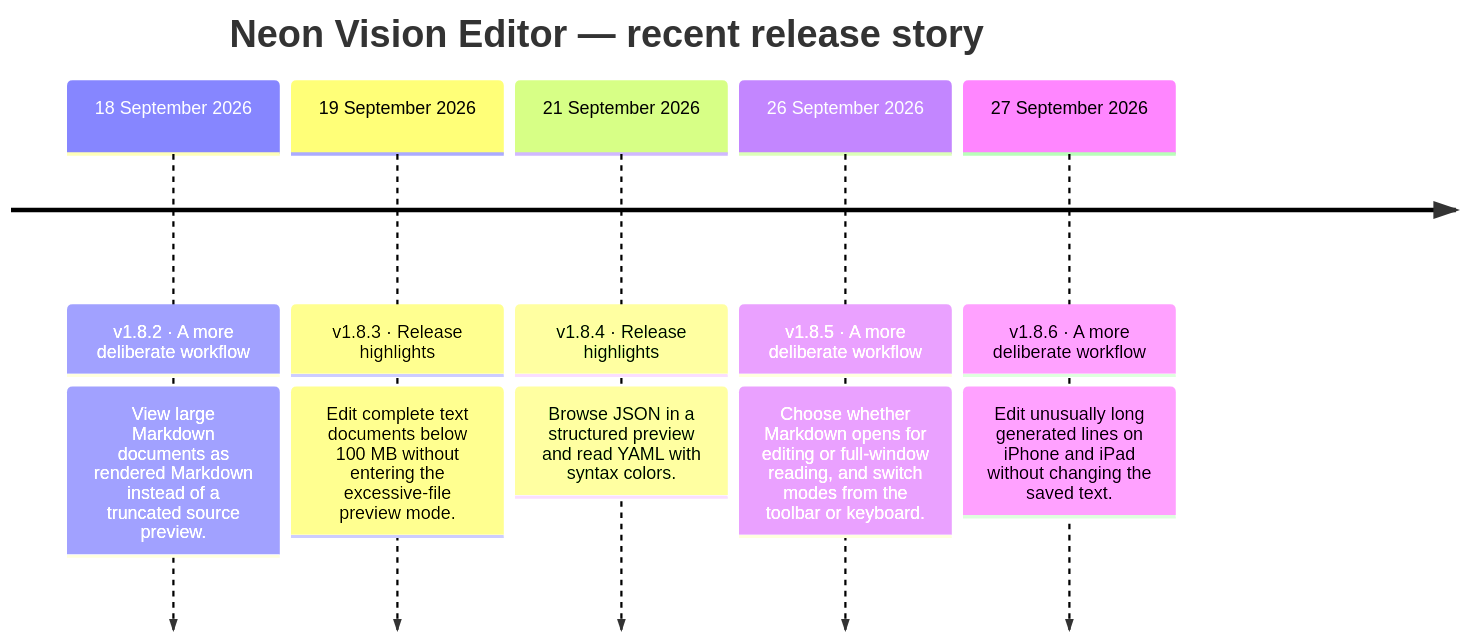
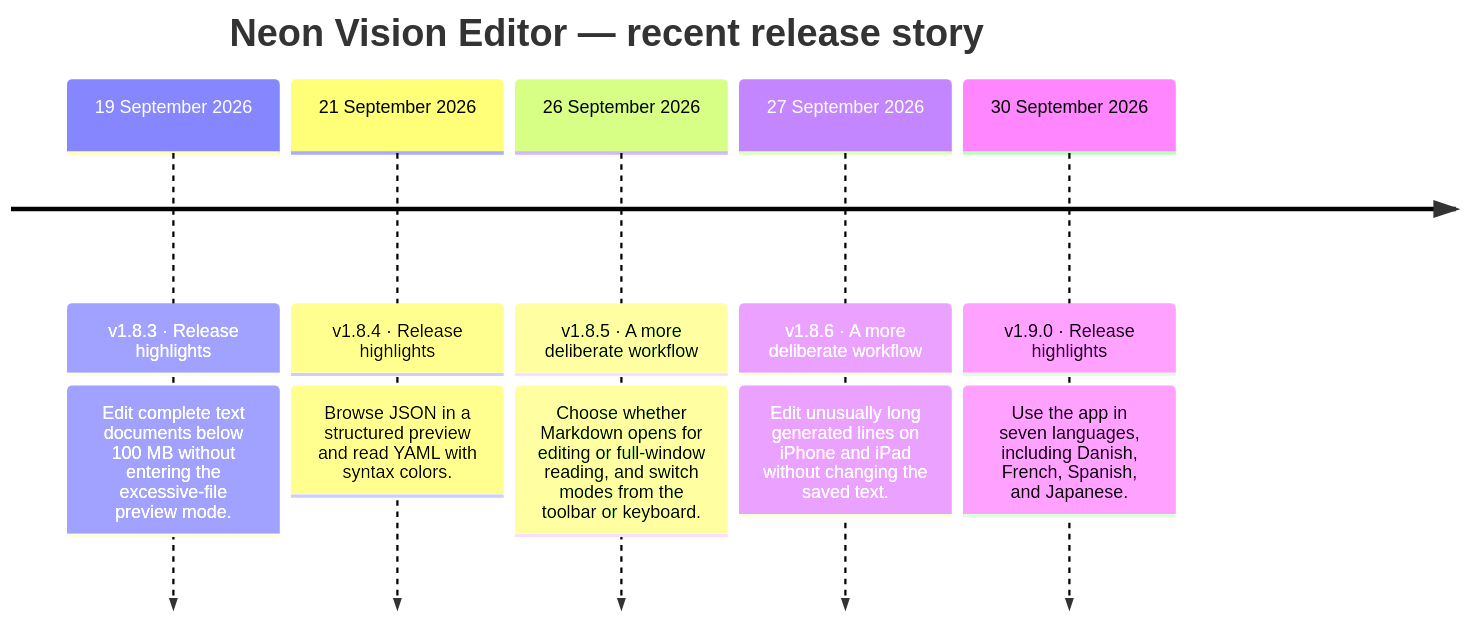
One commit to h3pdesign/Neon-Vision-Editor changed the diagram in README.md. Above: the diagram before and after it, drawn with Mermaid. The commit also changed other lines of this file and 9 other files, not shown here.

````diff
--- a/README.md
+++ b/README.md
@@ -758,14 +747,14 @@
 ```mermaid
 timeline
     title Neon Vision Editor — recent release story
-    18 September 2026 : v1.8.2 · A more deliberate workflow
-                : View large Markdown documents as rendered Markdown instead of a truncated source preview.
     19 September 2026 : v1.8.3 · Release highlights
                 : Edit complete text documents below 100 MB without entering the excessive-file preview mode.
     21 September 2026 : v1.8.4 · Release highlights
                 : Browse JSON in a structured preview and read YAML with syntax colors.
     26 September 2026 : v1.8.5 · A more deliberate workflow
                 : Choose whether Markdown opens for editing or full-window reading, and switch modes from the toolbar or keyboard.
     27 September 2026 : v1.8.6 · A more deliberate workflow
                 : Edit unusually long generated lines on iPhone and iPad without changing the saved text.
+    30 September 2026 : v1.9.0 · Release highlights
+                : Use the app in seven languages, including Danish, French, Spanish, and Japanese.
 ```
````
